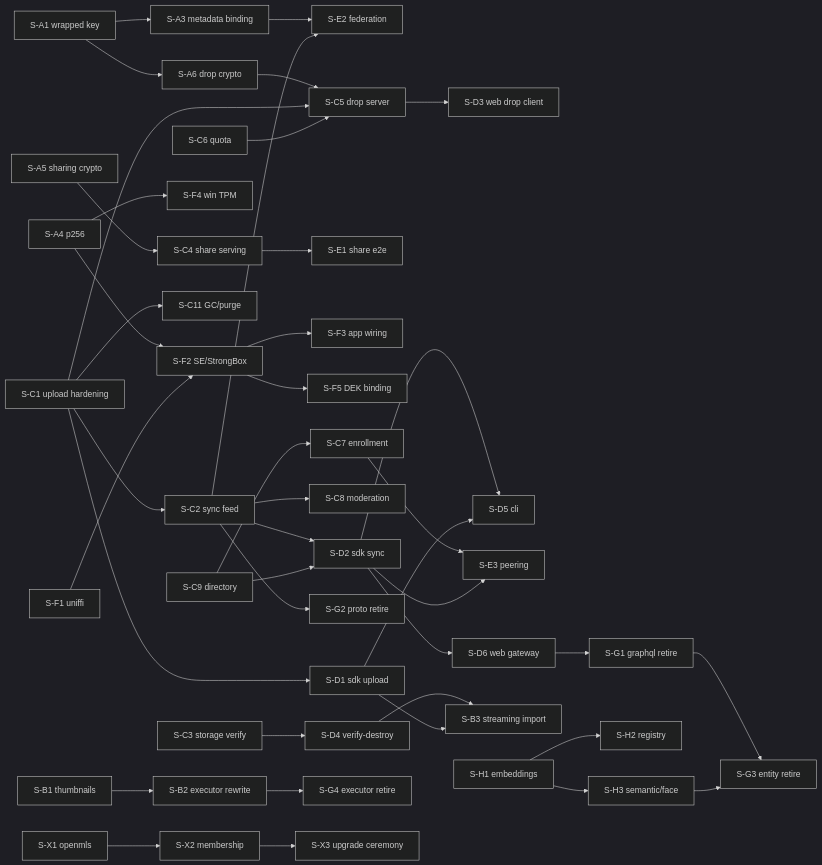
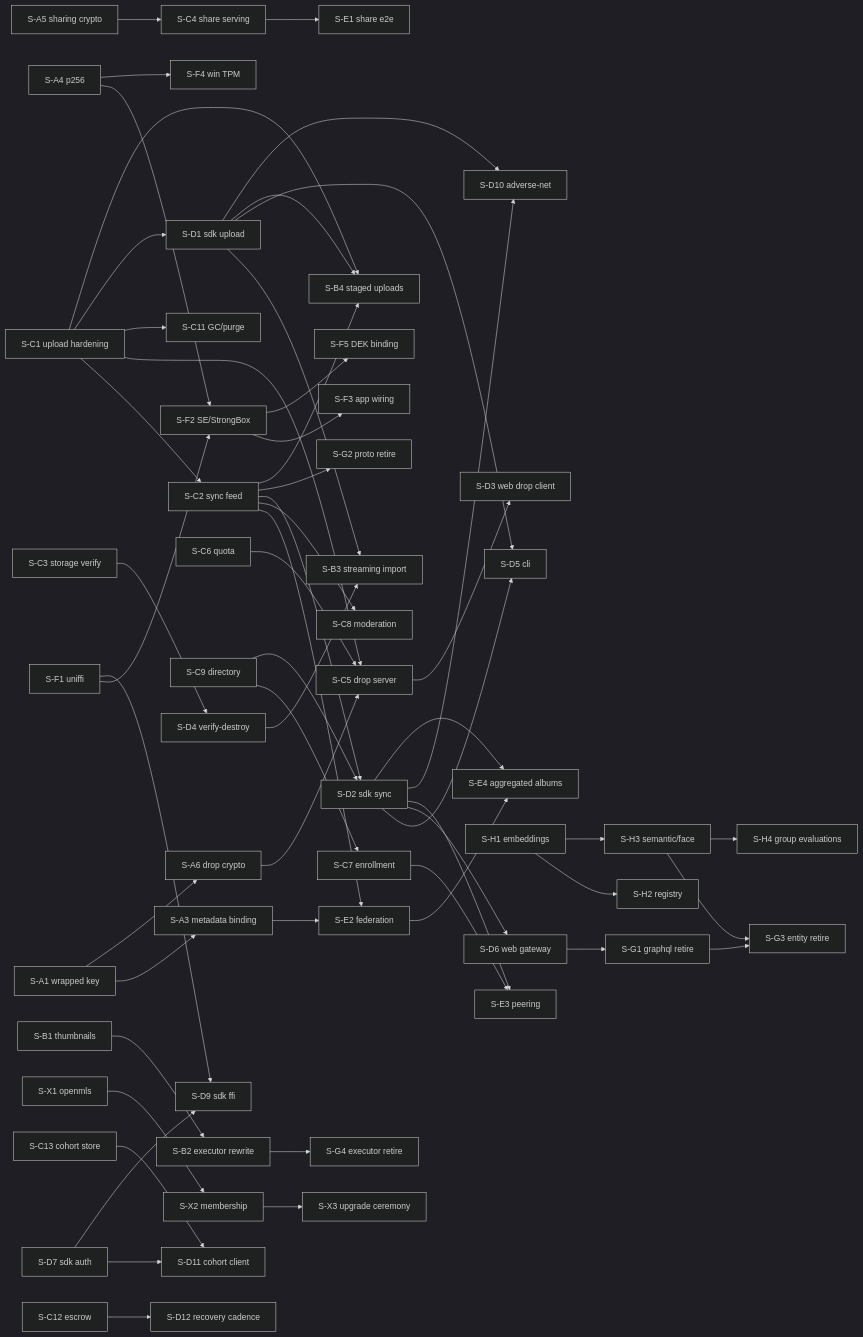
Before and after one commit to Capsulsaurus/Capsule: the diagram in SLICES.md, drawn with Mermaid (dark theme). The commit also changed other lines of this file, not shown here.

````diff
--- a/SLICES.md
+++ b/SLICES.md
@@ -107,28 +125,41 @@
 ```mermaid
 graph LR
   A1[S-A1 wrapped key] --> A3[S-A3 metadata binding] --> E2[S-E2 federation]
   A1 --> A6[S-A6 drop crypto] --> C5[S-C5 drop server] --> D3[S-D3 web drop client]
   A5[S-A5 sharing crypto] --> C4[S-C4 share serving] --> E1[S-E1 share e2e]
   A4[S-A4 p256] --> F2[S-F2 SE/StrongBox] --> F3[S-F3 app wiring]
   F1[S-F1 uniffi] --> F2
   F2 --> F5[S-F5 DEK binding]
   A4 --> F4[S-F4 win TPM]
   C1[S-C1 upload hardening] --> C2[S-C2 sync feed] --> E2
   C1 --> C5
   C1 --> C11[S-C11 GC/purge]
   C1 --> D1[S-D1 sdk upload]
   C2 --> C8[S-C8 moderation]
   C2 --> D2[S-D2 sdk sync] --> D5[S-D5 cli]
   C2 --> G2[S-G2 proto retire]
   C6[S-C6 quota] --> C5
   C9[S-C9 directory] --> C7[S-C7 enrollment] --> E3[S-E3 peering]
   C9 --> D2 --> D6[S-D6 web gateway] --> G1[S-G1 graphql retire] --> G3[S-G3 entity retire]
   C3[S-C3 storage verify] --> D4[S-D4 verify-destroy] --> B3[S-B3 streaming import]
   D1 --> B3
   D1 --> D5
   D2 --> E3
   B1[S-B1 thumbnails] --> B2[S-B2 executor rewrite] --> G4[S-G4 executor retire]
   H1[S-H1 embeddings] --> H2[S-H2 registry]
   H1 --> H3[S-H3 semantic/face] --> G3
   X1[S-X1 openmls] --> X2[S-X2 membership] --> X3[S-X3 upgrade ceremony]
+  C1 --> B4[S-B4 staged uploads]
+  C2 --> B4
+  D1 --> B4
+  D1 --> D10[S-D10 adverse-net]
+  D2 --> D10
+  C13[S-C13 cohort store] --> D11[S-D11 cohort client]
+  D7[S-D7 sdk auth] --> D11
+  D7 --> D9[S-D9 sdk ffi]
+  F1 --> D9
+  C12[S-C12 escrow] --> D12[S-D12 recovery cadence]
+  E2 --> E4[S-E4 aggregated albums]
+  D2 --> E4
+  H3 --> H4[S-H4 group evaluations]
 ```
````
